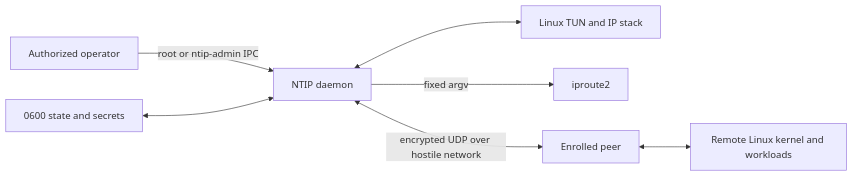
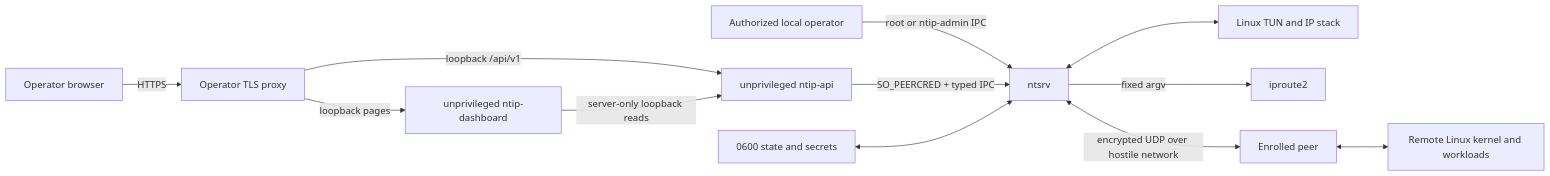
Before and after one commit to nulldoubt/ntip: the diagram in docs/threat-model.md, drawn with Mermaid. The commit also changed other lines of this file and 241 other files, not shown here.

````diff
--- a/docs/threat-model.md
+++ b/docs/threat-model.md
@@ -34,9 +38,14 @@
 ```mermaid
 flowchart LR
-    operator["Authorized operator"] -->|"root or ntip-admin IPC"| daemon["NTIP daemon"]
+    operator["Authorized local operator"] -->|"root or ntip-admin IPC"| daemon["ntsrv"]
+    browser["Operator browser"] -->|"HTTPS"| proxy["Operator TLS proxy"]
+    proxy -->|"loopback pages"| dashboard["unprivileged ntip-dashboard"]
+    proxy -->|"loopback /api/v1"| api["unprivileged ntip-api"]
+    dashboard -->|"server-only loopback reads"| api
+    api -->|"SO_PEERCRED + typed IPC"| daemon
     files["0600 state and secrets"] <--> daemon
     daemon <--> tun["Linux TUN and IP stack"]
     daemon -->|"fixed argv"| ip["iproute2"]
     daemon <-->|"encrypted UDP over hostile network"| peer["Enrolled peer"]
     peer <--> peerKernel["Remote Linux kernel and workloads"]
 ```
````
